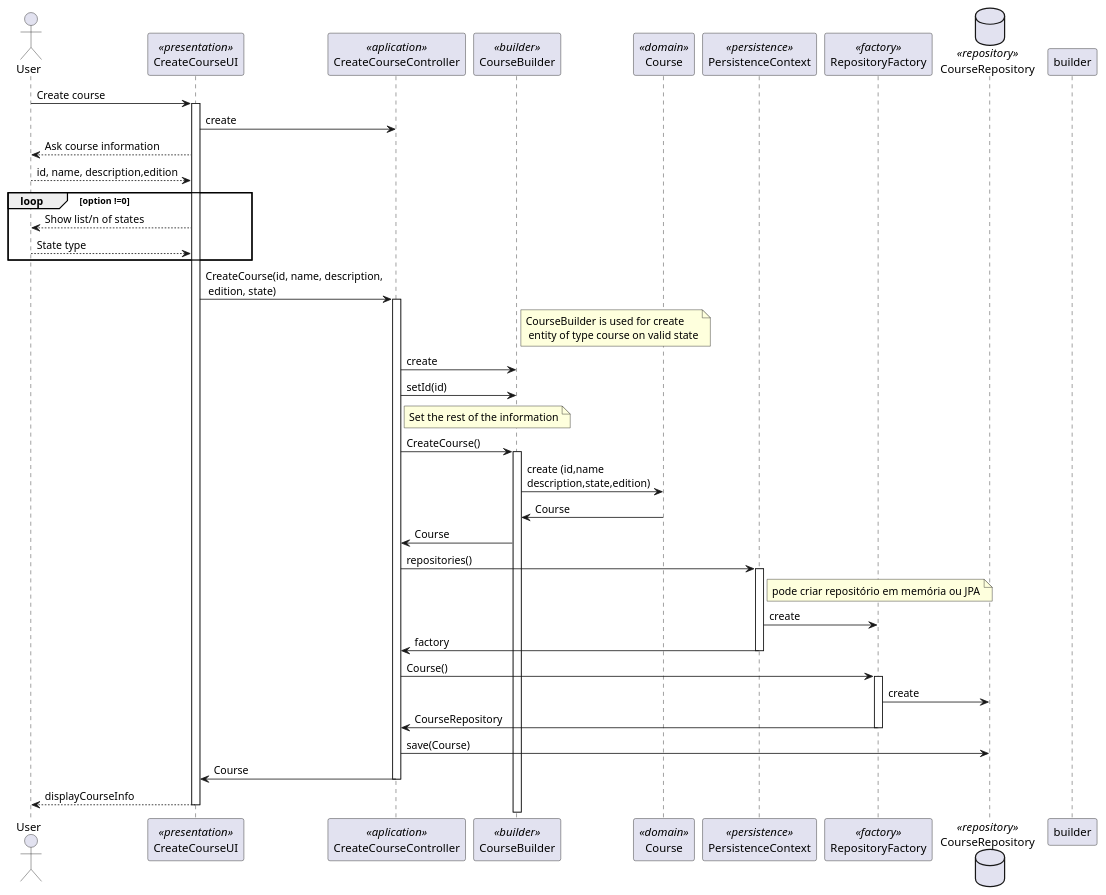
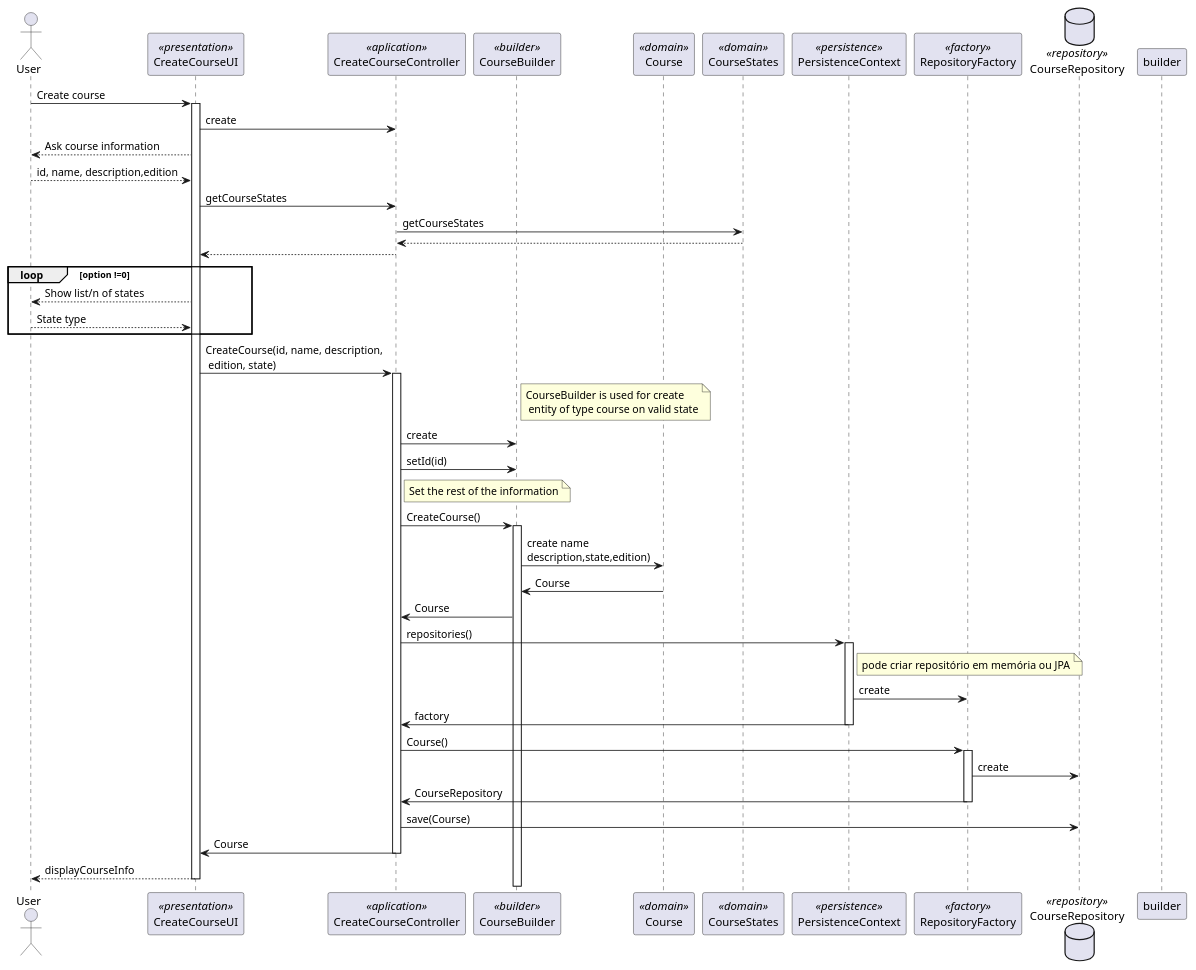
Before and after one commit to mascenso/isep-sem4-lapr4: the diagram in docs/SPRINT B/US1002- Create a Course/sequence-diagram-1002.puml, drawn with PlantUML. The commit also changed 19 other files, not shown here.

Commit message:
[SPRINTB][US1002] Implementation of Create course US is finish. Is now posible create a new course and save on BD

```diff
--- a/docs/SPRINT B/US1002- Create a Course/sequence-diagram-1002.puml
+++ b/docs/SPRINT B/US1002- Create a Course/sequence-diagram-1002.puml
@@ -1,55 +1,60 @@
 @startuml
 actor User as Actor
 participant CreateCourseUI as UI <<presentation>>
 participant CreateCourseController as Controller <<aplication>>
 participant CourseBuilder as Builder <<builder>>
 participant Course as Domain <<domain>>
+participant CourseStates as DomainState <<domain>>
 participant PersistenceContext as Persistence <<persistence>>
 participant RepositoryFactory as Factory <<factory>>
 database CourseRepository as Repository <<repository>>
 
 Actor -> UI: Create course
 activate UI
     UI -> Controller: create
     UI --> Actor: Ask course information
     Actor --> UI: id, name, description,edition
 
+    UI -> Controller: getCourseStates
+    Controller -> DomainState: getCourseStates
+    DomainState--> Controller
+    Controller--> UI
     loop option !=0
         UI --> Actor: Show list/n of states
         Actor --> UI: State type
     end
 
     UI -> Controller: CreateCourse(id, name, description,\n edition, state)
     activate Controller
         note right of Builder:CourseBuilder is used for create \n entity of type course on valid state
         Controller -> Builder: create
         Controller -> Builder: setId(id)
 
         note right of Controller: Set the rest of the information
         Controller -> Builder: CreateCourse()
         activate Builder
-            Builder -> Domain: create (id,name\ndescription,state,edition)
+            Builder -> Domain: create name\ndescription,state,edition)
             Domain -> Builder: Course
             Builder -> Controller: Course
         deactivate builder
 
         Controller -> Persistence: repositories()
         activate Persistence
             note right of Persistence: pode criar repositório em memória ou JPA
             Persistence -> Factory: create
             Persistence -> Controller: factory
         deactivate Persistence
 
         Controller -> Factory: Course()
         activate Factory
             Factory -> Repository: create
             Factory -> Controller: CourseRepository
         deactivate Factory
 
         Controller->Repository:save(Course)
         Controller->UI: Course
     deactivate Controller
 
     UI-->Actor: displayCourseInfo
 deactivate UI
 @enduml
```
